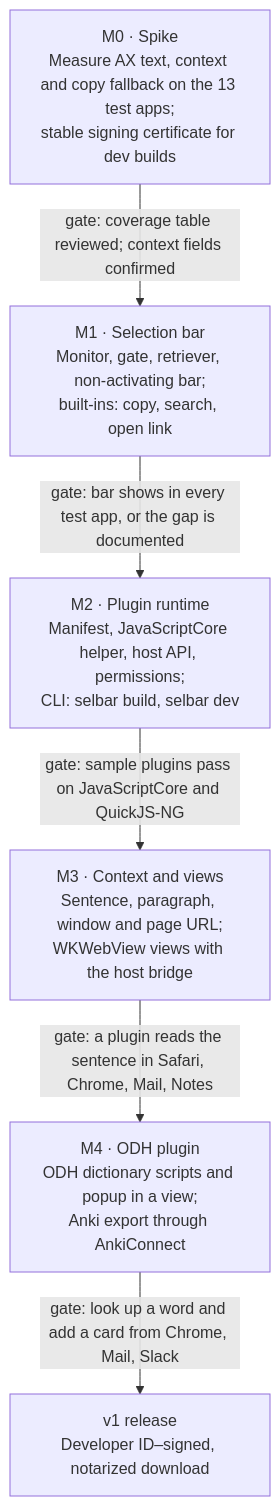
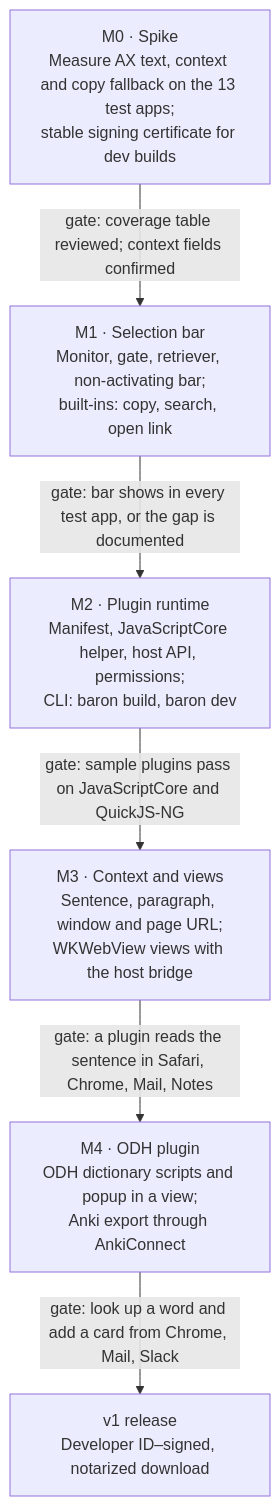
The second of 2 diagrams in docs/tec-design.md (mx-in/ODH), drawn with Mermaid before and after one commit. The commit also changed other lines of this file and 2 other files, not shown here.

````diff
--- a/docs/tec-design.md
+++ b/docs/tec-design.md
@@ -323,14 +323,14 @@
 ```mermaid
 flowchart TB
   m0["M0 · Spike<br/>Measure AX text, context and copy fallback on the 13 test apps;<br/>stable signing certificate for dev builds"]
   m1["M1 · Selection bar<br/>Monitor, gate, retriever, non-activating bar;<br/>built-ins: copy, search, open link"]
-  m2["M2 · Plugin runtime<br/>Manifest, JavaScriptCore helper, host API, permissions;<br/>CLI: selbar build, selbar dev"]
+  m2["M2 · Plugin runtime<br/>Manifest, JavaScriptCore helper, host API, permissions;<br/>CLI: baron build, baron dev"]
   m3["M3 · Context and views<br/>Sentence, paragraph, window and page URL;<br/>WKWebView views with the host bridge"]
   m4["M4 · ODH plugin<br/>ODH dictionary scripts and popup in a view;<br/>Anki export through AnkiConnect"]
   v1["v1 release<br/>Developer ID–signed, notarized download"]
   m0 -- "gate: coverage table reviewed; context fields confirmed" --> m1
   m1 -- "gate: bar shows in every test app, or the gap is documented" --> m2
   m2 -- "gate: sample plugins pass on JavaScriptCore and QuickJS-NG" --> m3
   m3 -- "gate: a plugin reads the sentence in Safari, Chrome, Mail, Notes" --> m4
   m4 -- "gate: look up a word and add a card from Chrome, Mail, Slack" --> v1
 ```
````
